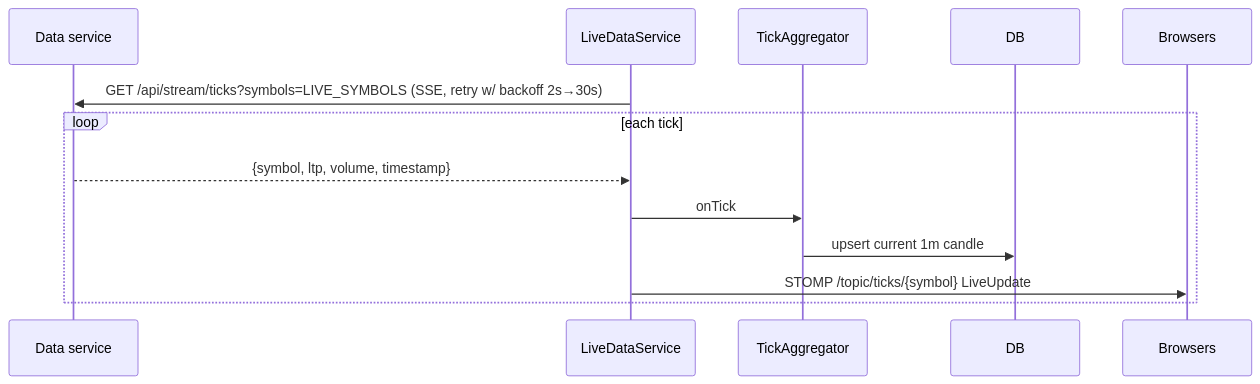
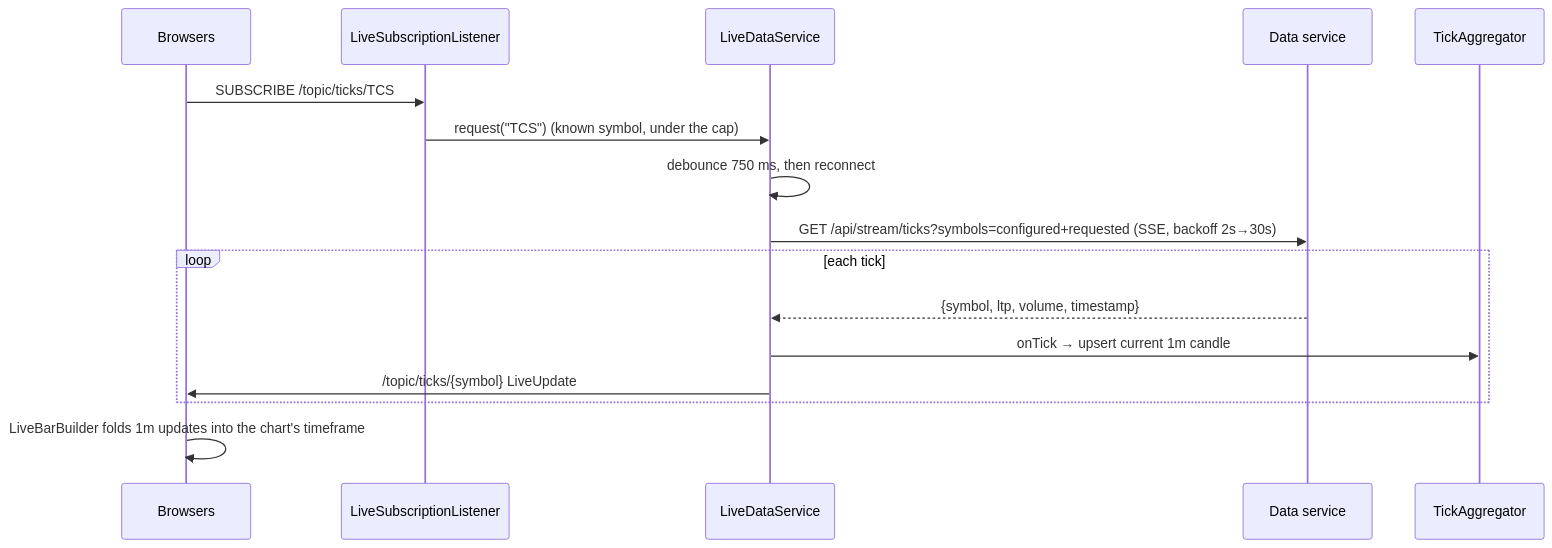
One commit to mee-omi/stockcharts changed the third of 3 diagrams in ARCHITECTURE.md. Above: the diagram before and after it, drawn with Mermaid. The commit also changed other lines of this file and 1 other file, not shown here.

First line of the commit message:
Docs: README and ARCHITECTURE for the new features and operations

````diff
--- a/ARCHITECTURE.md
+++ b/ARCHITECTURE.md
@@ -240,15 +299,18 @@
 ```mermaid
 sequenceDiagram
+    participant UI as Browsers
+    participant LS as LiveSubscriptionListener
+    participant LD as LiveDataService
     participant DS as Data service
-    participant LD as LiveDataService
     participant AG as TickAggregator
-    participant DB as DB
-    participant UI as Browsers
-    LD->>DS: GET /api/stream/ticks?symbols=LIVE_SYMBOLS (SSE, retry w/ backoff 2s→30s)
+    UI->>LS: SUBSCRIBE /topic/ticks/TCS
+    LS->>LD: request("TCS") (known symbol, under the cap)
+    LD->>LD: debounce 750 ms, then reconnect
+    LD->>DS: GET /api/stream/ticks?symbols=configured+requested (SSE, backoff 2s→30s)
     loop each tick
         DS-->>LD: {symbol, ltp, volume, timestamp}
-        LD->>AG: onTick
-        AG->>DB: upsert current 1m candle
-        LD->>UI: STOMP /topic/ticks/{symbol} LiveUpdate
+        LD->>AG: onTick → upsert current 1m candle
+        LD->>UI: /topic/ticks/{symbol} LiveUpdate
     end
+    UI->>UI: LiveBarBuilder folds 1m updates into the chart's timeframe
 ```
````
